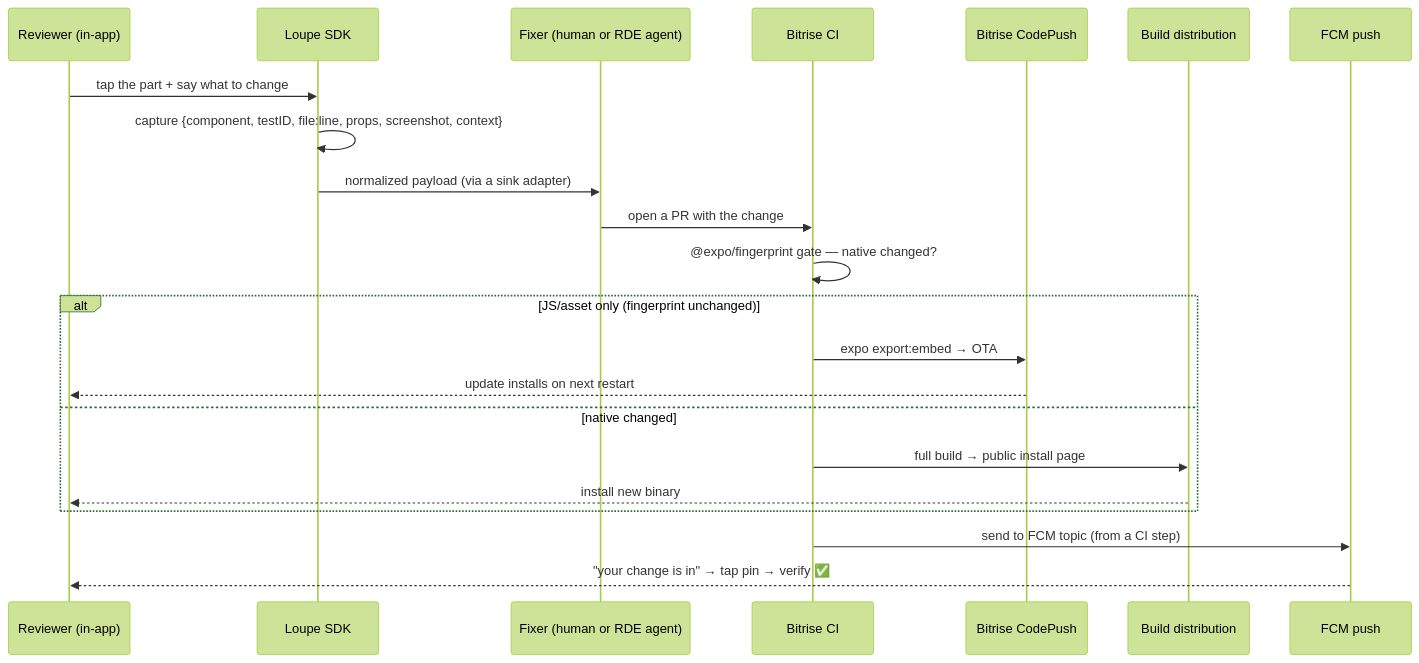
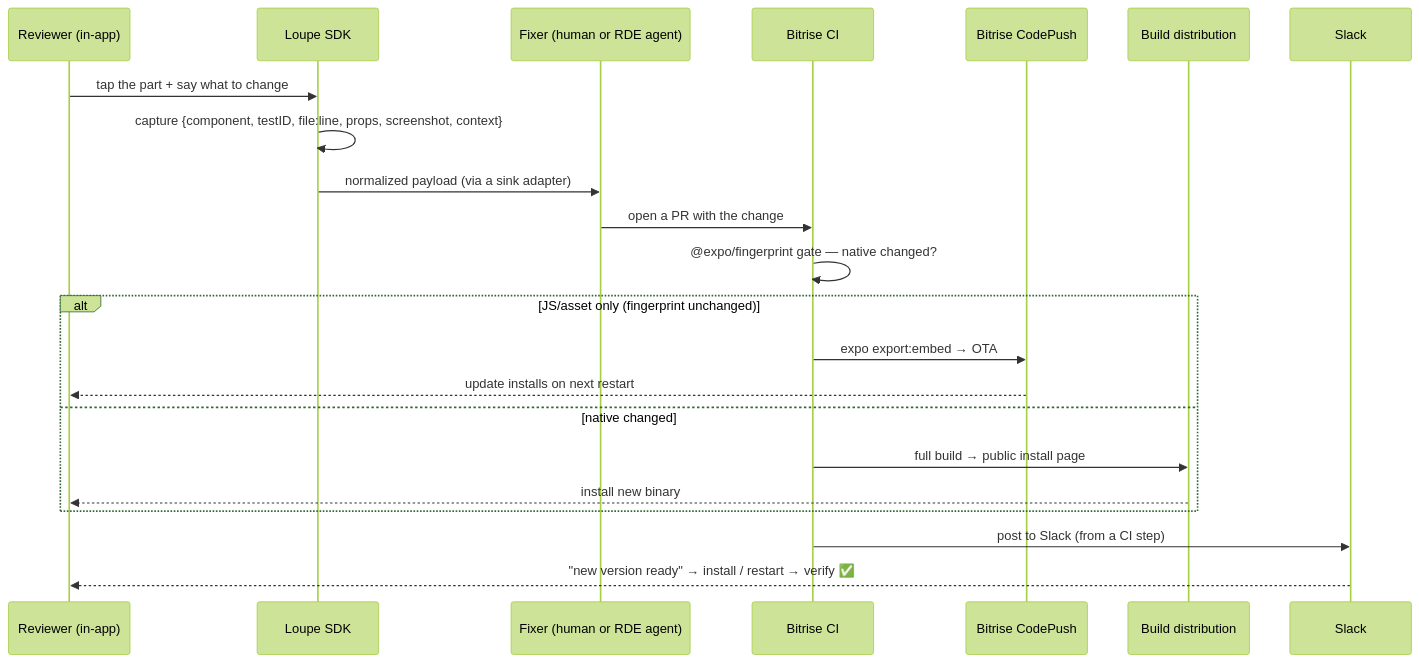
The diagram in docs/architecture.md (bitrise-silver/loupe), drawn with Mermaid (forest theme) before and after one commit. The commit also changed other lines of this file and 8 other files, not shown here.

First line of the commit message:
Wire Loupe backend: CodePush plugin scaffold, metro, Slack CI, lockfile

````diff
--- a/docs/architecture.md
+++ b/docs/architecture.md
@@ -7,25 +7,25 @@
 ```mermaid
 sequenceDiagram
     participant U as Reviewer (in-app)
     participant SDK as Loupe SDK
     participant FIX as Fixer (human or RDE agent)
     participant CI as Bitrise CI
     participant CP as Bitrise CodePush
     participant BD as Build distribution
-    participant N as FCM push
+    participant N as Slack
 
     U->>SDK: tap the part + say what to change
     SDK->>SDK: capture {component, testID, file:line, props, screenshot, context}
     SDK->>FIX: normalized payload (via a sink adapter)
     FIX->>CI: open a PR with the change
     CI->>CI: @expo/fingerprint gate — native changed?
     alt JS/asset only (fingerprint unchanged)
         CI->>CP: expo export:embed → OTA
         CP-->>U: update installs on next restart
     else native changed
         CI->>BD: full build → public install page
         BD-->>U: install new binary
     end
-    CI->>N: send to FCM topic (from a CI step)
-    N-->>U: "your change is in" → tap pin → verify ✅
+    CI->>N: post to Slack (from a CI step)
+    N-->>U: "new version ready" → install / restart → verify ✅
 ```
````
